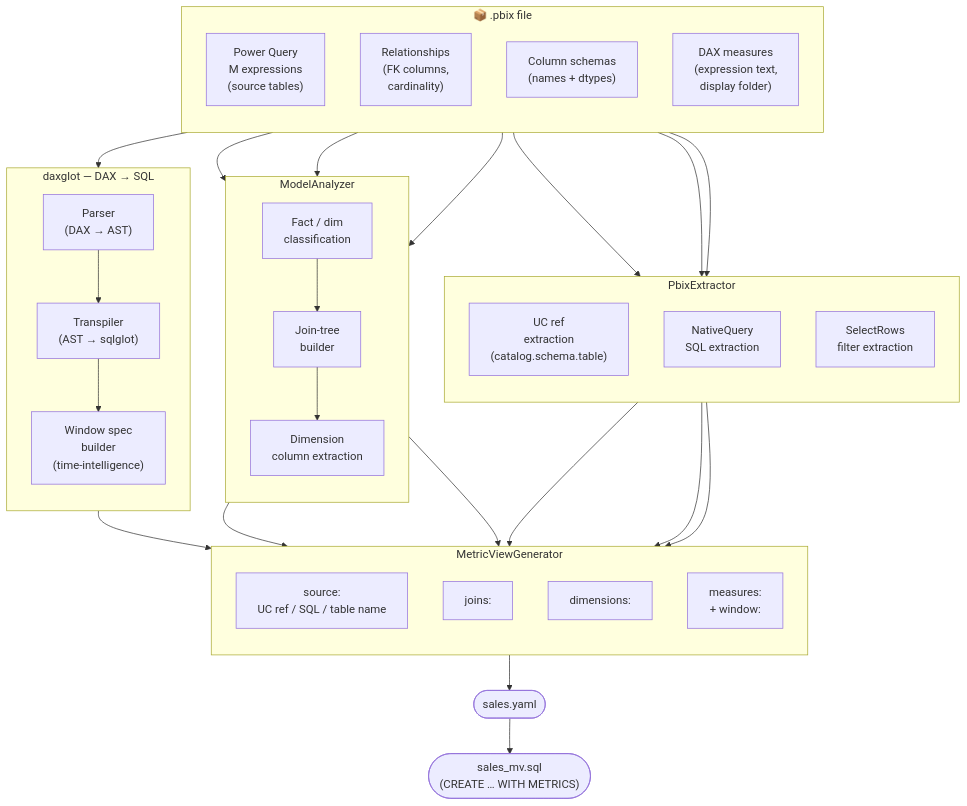
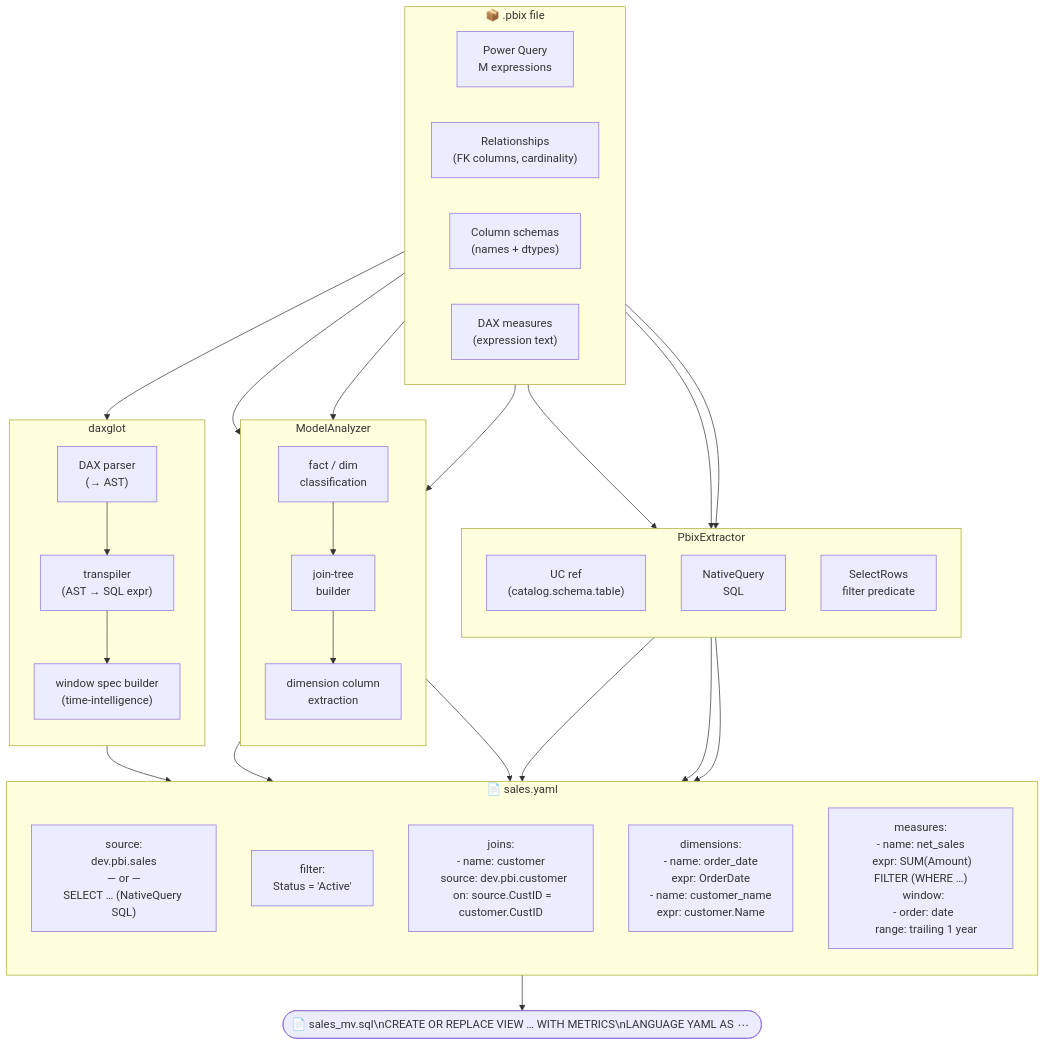
Before and after one commit to brookpatten/daxglot: the diagram in readme.md, drawn with Mermaid.

````diff
--- a/readme.md
+++ b/readme.md
@@ -34,66 +34,63 @@
 ```mermaid
 flowchart TB
     %% ── Power BI source ──────────────────────────────────────────────────
     subgraph pbix ["📦 .pbix file"]
-        direction TB
-        pq["Power Query\nM expressions\n(source tables)"]
-        rels["Relationships\n(FK columns,\ncardinality)"]
+        direction LR
+        pq["Power Query\nM expressions"]
+        rels["Relationships\n(FK columns, cardinality)"]
         cols["Column schemas\n(names + dtypes)"]
-        dax["DAX measures\n(expression text,\ndisplay folder)"]
+        dax["DAX measures\n(expression text)"]
     end
 
     %% ── Extraction ───────────────────────────────────────────────────────
     subgraph ext ["PbixExtractor"]
         direction TB
-        ucref["UC ref\nextraction\n(catalog.schema.table)"]
-        sqlext["NativeQuery\nSQL extraction"]
-        filtex["SelectRows\nfilter extraction"]
+        ucref["UC ref\n(catalog.schema.table)"]
+        sqlext["NativeQuery\nSQL"]
+        filtex["SelectRows\nfilter predicate"]
     end
 
     pq --> ucref & sqlext & filtex
 
     %% ── Analysis ─────────────────────────────────────────────────────────
     subgraph ana ["ModelAnalyzer"]
         direction TB
-        classify["Fact / dim\nclassification"]
-        jointree["Join-tree\nbuilder"]
-        dimcols["Dimension\ncolumn extraction"]
+        classify["fact / dim\nclassification"]
+        jointree["join-tree\nbuilder"]
+        dimcols["dimension column\nextraction"]
     end
 
-    rels  --> classify & jointree
-    cols  --> dimcols
-    classify --> jointree --> dimcols
+    rels        --> classify & jointree
+    cols        --> dimcols
+    classify    --> jointree
+    jointree    --> dimcols
 
     %% ── DAX translation ──────────────────────────────────────────────────
-    subgraph daxglot ["daxglot — DAX → SQL"]
+    subgraph daxglot ["daxglot"]
         direction TB
-        parser["Parser\n(DAX → AST)"]
-        transpiler["Transpiler\n(AST → sqlglot)"]
-        window["Window spec\nbuilder\n(time-intelligence)"]
+        parser["DAX parser\n(→ AST)"]
+        transpiler["transpiler\n(AST → SQL expr)"]
+        window["window spec builder\n(time-intelligence)"]
     end
 
     dax --> parser --> transpiler --> window
 
-    %% ── Generation ───────────────────────────────────────────────────────
-    subgraph gen ["MetricViewGenerator"]
+    %% ── YAML output ──────────────────────────────────────────────────────
+    subgraph yaml_out ["📄 sales.yaml"]
         direction TB
-        src["source:\nUC ref / SQL / table name"]
-        joins_out["joins:"]
-        dims_out["dimensions:"]
-        measures_out["measures:\n+ window:"]
+        y_source["source:\ndev.pbi.sales\n— or —\nSELECT … (NativeQuery SQL)"]
+        y_filter["filter:\nStatus = 'Active'"]
+        y_joins["joins:\n- name: customer\n  source: dev.pbi.customer\n  on: source.CustID = customer.CustID"]
+        y_dims["dimensions:\n- name: order_date\n  expr: OrderDate\n- name: customer_name\n  expr: customer.Name"]
+        y_measures["measures:\n- name: net_sales\n  expr: SUM(Amount) FILTER (WHERE …)\n  window:\n  - order: date\n    range: trailing 1 year"]
     end
 
-    ucref  --> src
-    sqlext --> src
-    filtex --> src
+    ucref    --> y_source
+    sqlext   --> y_source
+    filtex   --> y_filter
+    jointree --> y_joins
+    dimcols  --> y_dims
+    window   --> y_measures
 
-    jointree --> joins_out
-    dimcols  --> dims_out
-    window   --> measures_out
-
-    %% ── Outputs ──────────────────────────────────────────────────────────
-    yaml_out(["sales.yaml"])
-    sql_out(["sales_mv.sql\n(CREATE … WITH METRICS)"])
-
-    gen --> yaml_out --> sql_out
+    yaml_out --> sql_out(["📄 sales_mv.sql\nCREATE OR REPLACE VIEW … WITH METRICS\nLANGUAGE YAML AS $$ … $$"])
 ```
````
